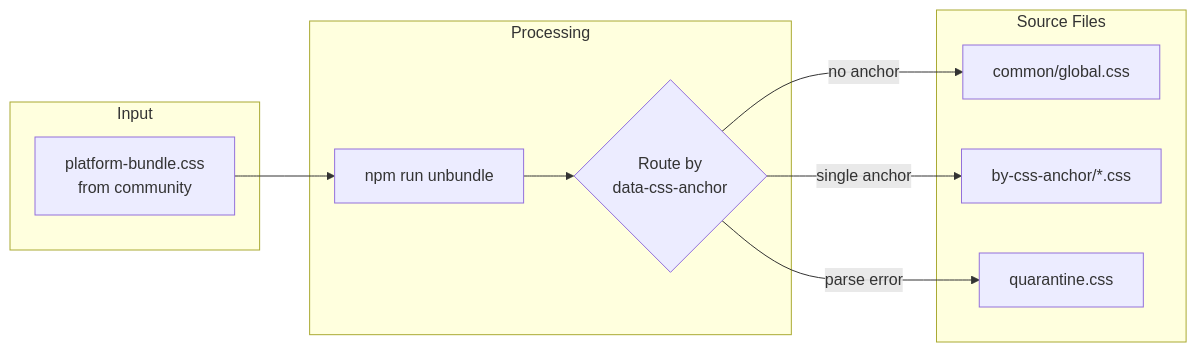
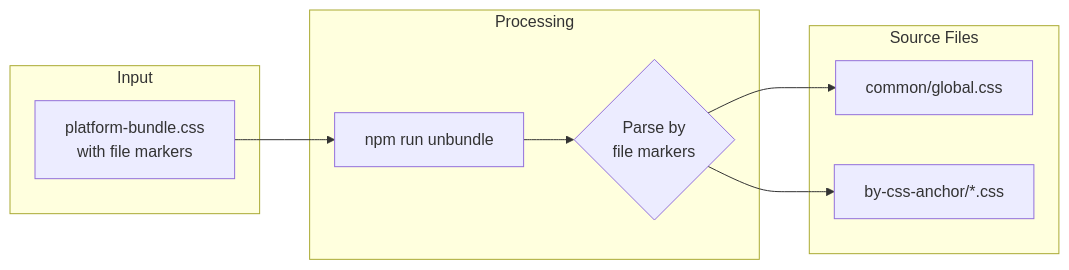
The second of 3 diagrams in README.md (gs-pshchegolev/custom-css), drawn with Mermaid before and after one commit. The commit also changed other lines of this file and 10 other files, not shown here.

````diff
--- a/README.md
+++ b/README.md
@@ -68,23 +67,21 @@
 ```mermaid
 flowchart LR
     subgraph input[Input]
-        community[platform-bundle.css<br/>from community]
+        community[platform-bundle.css<br/>with file markers]
     end
     
     subgraph process[Processing]
         unbundle[npm run unbundle]
-        routing{Route by<br/>data-css-anchor}
+        parse{Parse by<br/>file markers}
     end
     
     subgraph src[Source Files]
         global[common/global.css]
         widgets[by-css-anchor/*.css]
-        quarantine[quarantine.css]
     end
     
     community --> unbundle
-    unbundle --> routing
-    routing --> |no anchor| global
-    routing --> |single anchor| widgets
-    routing --> |parse error| quarantine
+    unbundle --> parse
+    parse --> global
+    parse --> widgets
 ```
````
